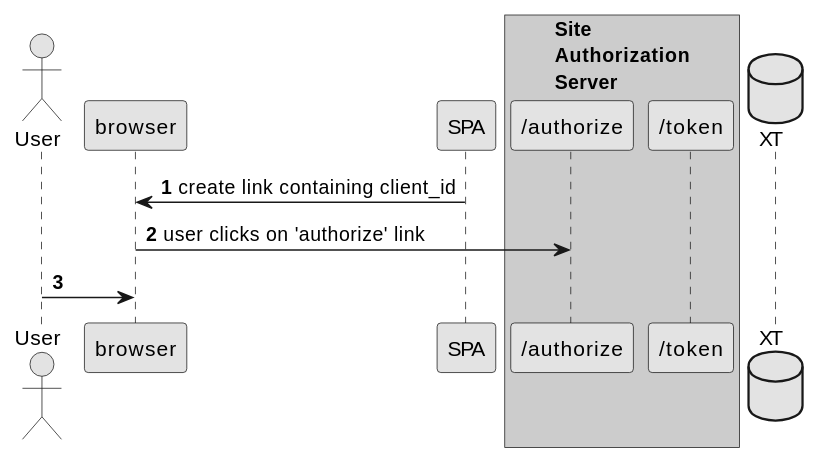
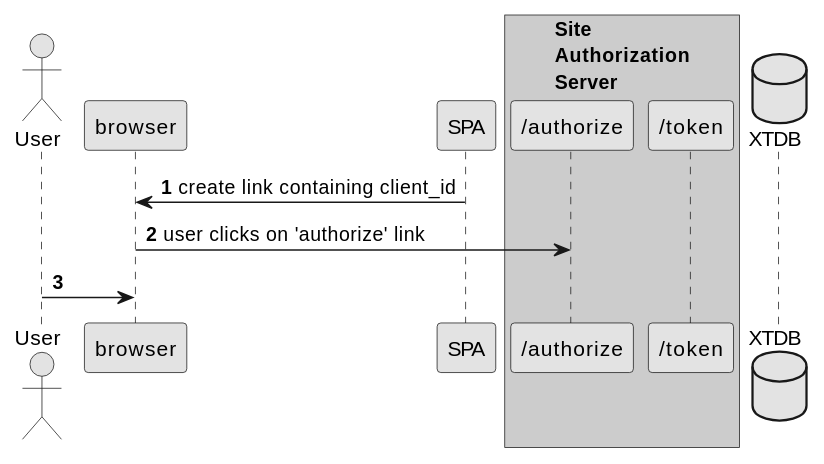
One commit to juxt/site changed the diagram in doc/next/AppDevelopment.adoc. Above: the diagram before and after it, drawn with PlantUML. The commit also changed 5 other files, not shown here.

```diff
--- a/doc/next/AppDevelopment.adoc
+++ b/doc/next/AppDevelopment.adoc
@@ -6,20 +6,20 @@
 [plantuml,authorization-flow,svg]
 ....
 skinparam monochrome true
 autonumber
 
 actor User
 participant browser
 participant SPA as app
 
 box "Site\nAuthorization\nServer" #LightBlue
 participant "/authorize" as auth
 participant "/token" as token
 end box
 
-database XT
+database XTDB
 app -> browser : create link containing client_id
 browser -> auth: user clicks on 'authorize' link
 User -> browser
 
 ....
```
